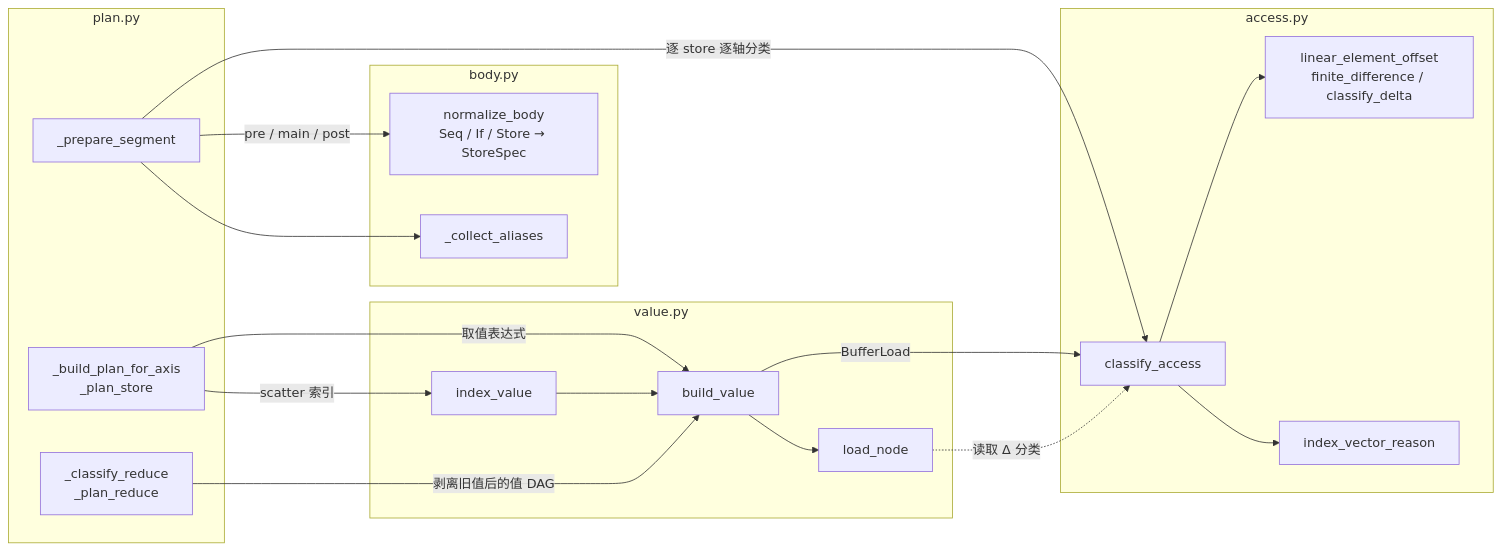
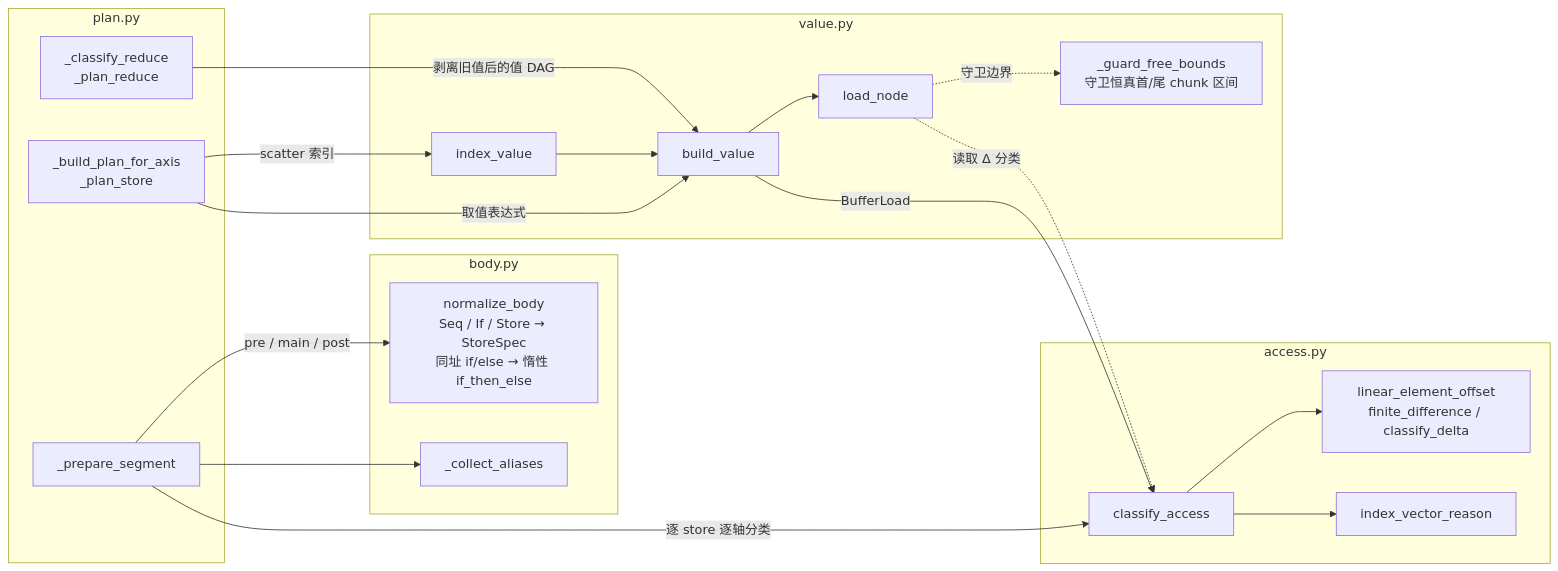
One commit to chenjiale1999/tilelang changed the fourth of 7 diagrams in docs/compiler_internals/polyhedral_parallel_scenarios.md. Above: the diagram before and after it, drawn with Mermaid. The commit also changed other lines of this file and 12 other files, not shown here.

````diff
--- a/docs/compiler_internals/polyhedral_parallel_scenarios.md
+++ b/docs/compiler_internals/polyhedral_parallel_scenarios.md
@@ -761,38 +831,40 @@
 ```mermaid
 flowchart LR
   subgraph PL["plan.py"]
     P1["_prepare_segment"]
     P2["_build_plan_for_axis<br/>_plan_store"]
     P3["_classify_reduce<br/>_plan_reduce"]
   end
 
   subgraph BD["body.py"]
-    B1["normalize_body<br/>Seq / If / Store → StoreSpec"]
+    B1["normalize_body<br/>Seq / If / Store → StoreSpec<br/>同址 if/else → 惰性 if_then_else"]
     B2["_collect_aliases"]
   end
 
   subgraph AC["access.py"]
     A1["classify_access"]
     A2["linear_element_offset<br/>finite_difference / classify_delta"]
     A3["index_vector_reason"]
   end
 
   subgraph VL["value.py"]
     V1["build_value"]
     V2["load_node"]
     V3["index_value"]
+    V4["_guard_free_bounds<br/>守卫恒真首/尾 chunk 区间"]
   end
 
   P1 -->|"pre / main / post"| B1
   P1 -->|"逐 store 逐轴分类"| A1
   P1 --> B2
   P2 -->|"取值表达式"| V1
   P2 -->|"scatter 索引"| V3
   V1 -->|"BufferLoad"| A1
   V1 --> V2
   V3 --> V1
   V2 -.->|"读取 Δ 分类"| A1
+  V2 -.->|"守卫边界"| V4
   A1 --> A2
   A1 --> A3
   P3 -->|"剥离旧值后的值 DAG"| V1
 ```
````
